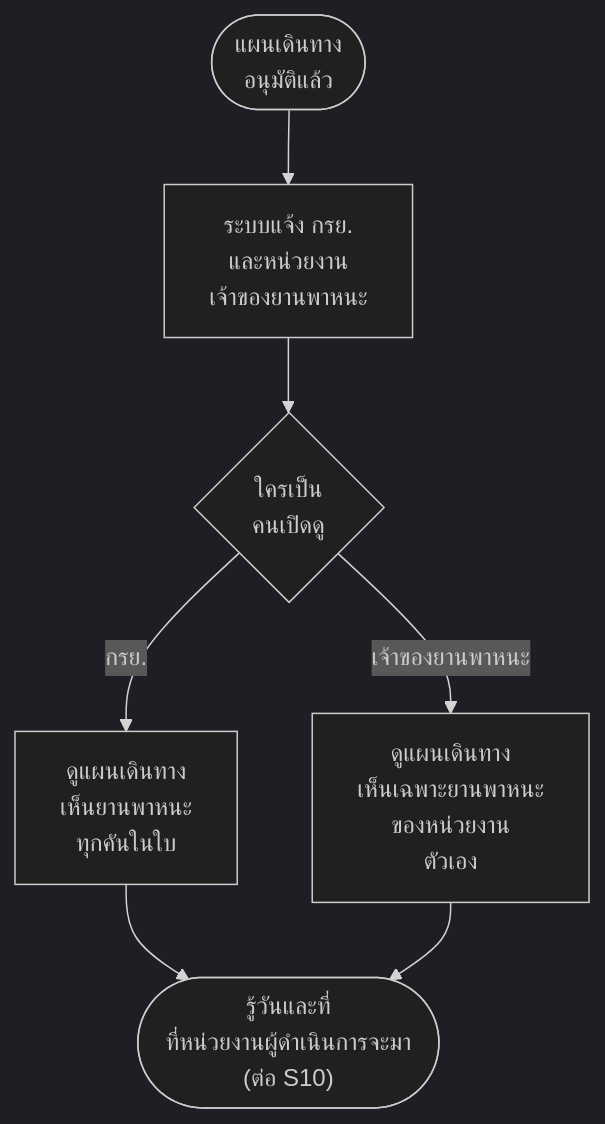
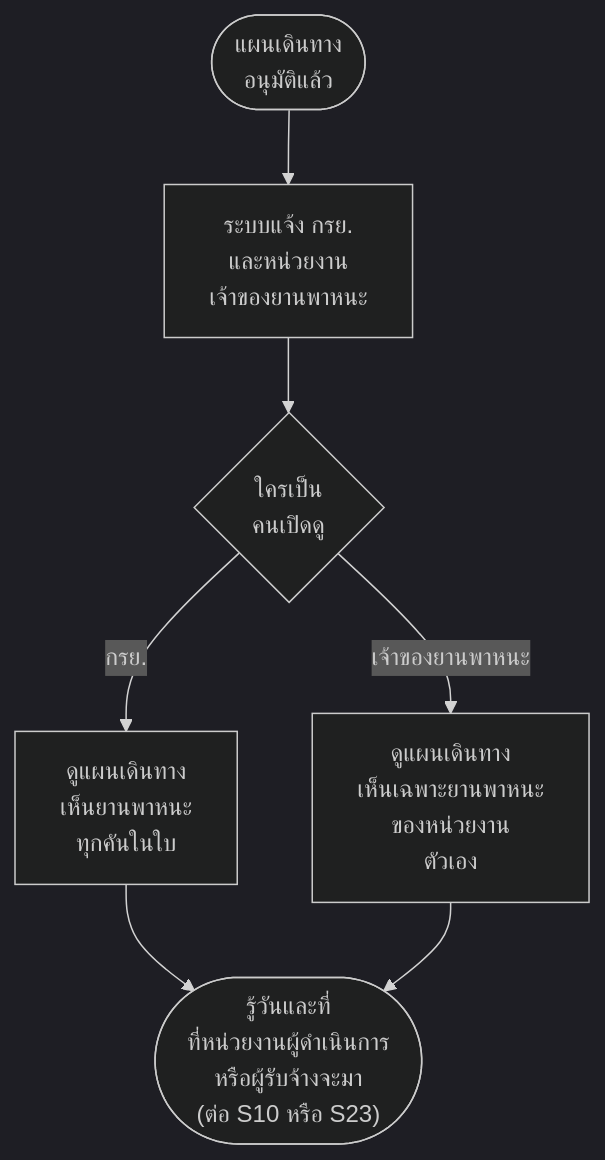
One commit to anugmail/Maintenance-Request-Form changed the tenth of 21 diagrams in Diagram/01-บำรุงรักษาตามวาระ/27-บำรุงรักษา-flowchart-กิจกรรม.md. Above: the diagram before and after it, drawn with Mermaid (dark theme). The commit also changed other lines of this file and 13 other files, not shown here.

````diff
--- a/Diagram/01-บำรุงรักษาตามวาระ/27-บำรุงรักษา-flowchart-กิจกรรม.md
+++ b/Diagram/01-บำรุงรักษาตามวาระ/27-บำรุงรักษา-flowchart-กิจกรรม.md
@@ -199,9 +199,9 @@
 ```mermaid
 flowchart TD
     S(["แผนเดินทาง<br/>อนุมัติแล้ว"]) --> A1["ระบบแจ้ง กรย.<br/>และหน่วยงาน<br/>เจ้าของยานพาหนะ"]
     A1 --> Q1{"ใครเป็น<br/>คนเปิดดู"}
     Q1 -->|กรย.| A2["ดูแผนเดินทาง<br/>เห็นยานพาหนะ<br/>ทุกคันในใบ"]
     Q1 -->|เจ้าของยานพาหนะ| A3["ดูแผนเดินทาง<br/>เห็นเฉพาะยานพาหนะ<br/>ของหน่วยงาน<br/>ตัวเอง"]
-    A2 --> E(["รู้วันและที่<br/>ที่หน่วยงานผู้ดำเนินการจะมา<br/>(ต่อ S10)"])
+    A2 --> E(["รู้วันและที่<br/>ที่หน่วยงานผู้ดำเนินการ<br/>หรือผู้รับจ้างจะมา<br/>(ต่อ S10 หรือ S23)"])
     A3 --> E
 ```
````
